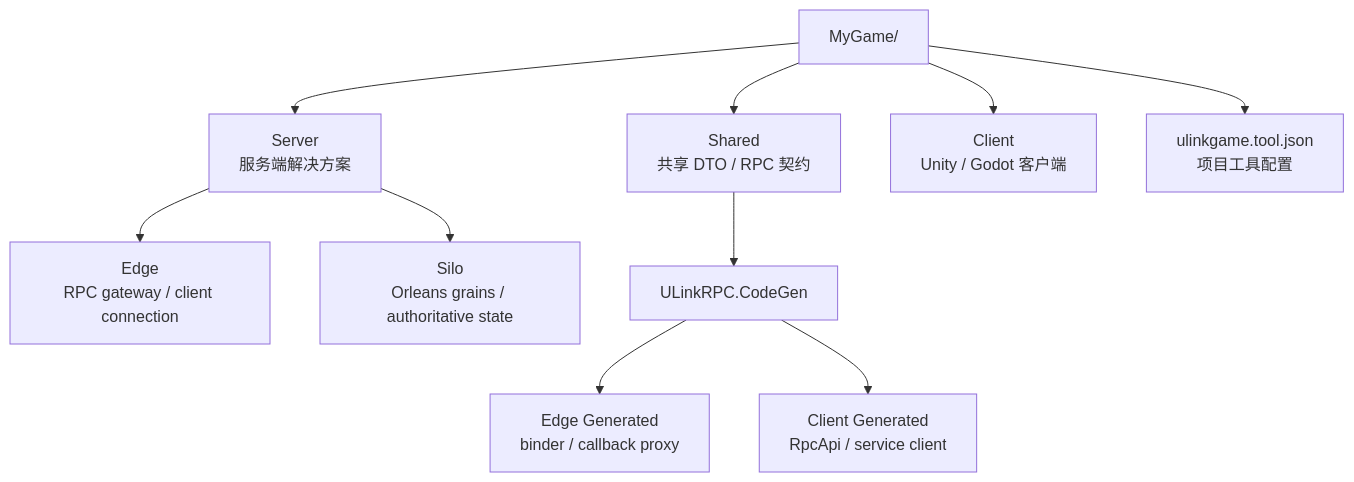
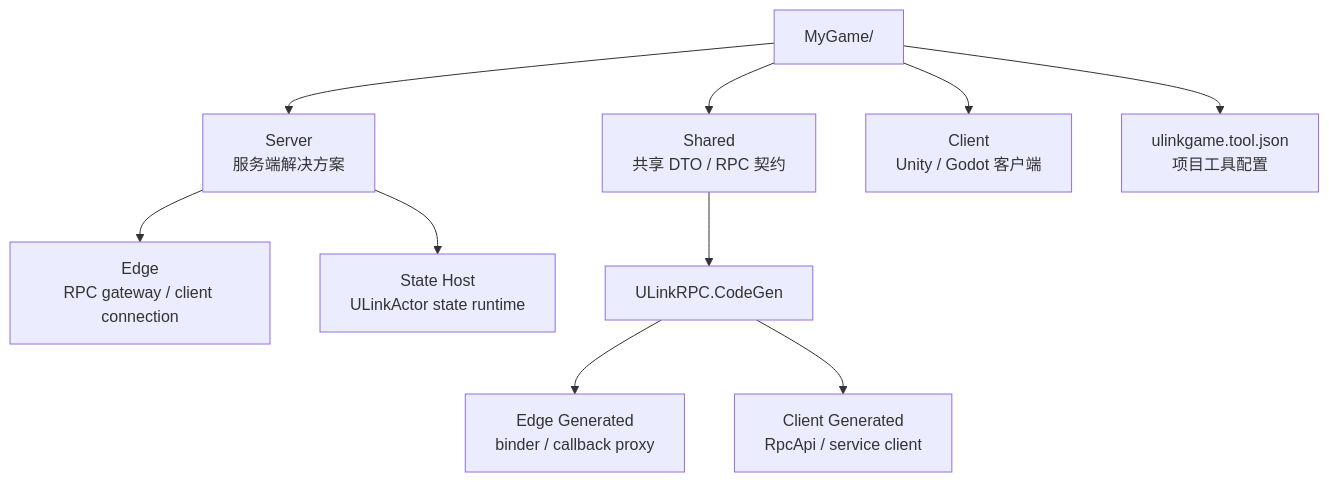
The first of 2 diagrams in docs/content/posts/ulinkgame-getting-started.md (bruce48x/ULinkGame), drawn with Mermaid before and after one commit. The commit also changed other lines of this file and 7 other files, not shown here.

````diff
--- a/docs/content/posts/ulinkgame-getting-started.md
+++ b/docs/content/posts/ulinkgame-getting-started.md
@@ -125,13 +125,13 @@
 ```mermaid
 flowchart TB
     Root["MyGame/"] --> Shared["Shared<br/>共享 DTO / RPC 契约"]
     Root --> Server["Server<br/>服务端解决方案"]
     Root --> Client["Client<br/>Unity / Godot 客户端"]
     Root --> Config["ulinkgame.tool.json<br/>项目工具配置"]
 
     Server --> Edge["Edge<br/>RPC gateway / client connection"]
-    Server --> Silo["Silo<br/>Orleans grains / authoritative state"]
+    Server --> StateHost["State Host<br/>ULinkActor state runtime"]
     Shared --> CodeGen["ULinkRPC.CodeGen"]
     CodeGen --> EdgeGenerated["Edge Generated<br/>binder / callback proxy"]
     CodeGen --> ClientGenerated["Client Generated<br/>RpcApi / service client"]
 ```
````
